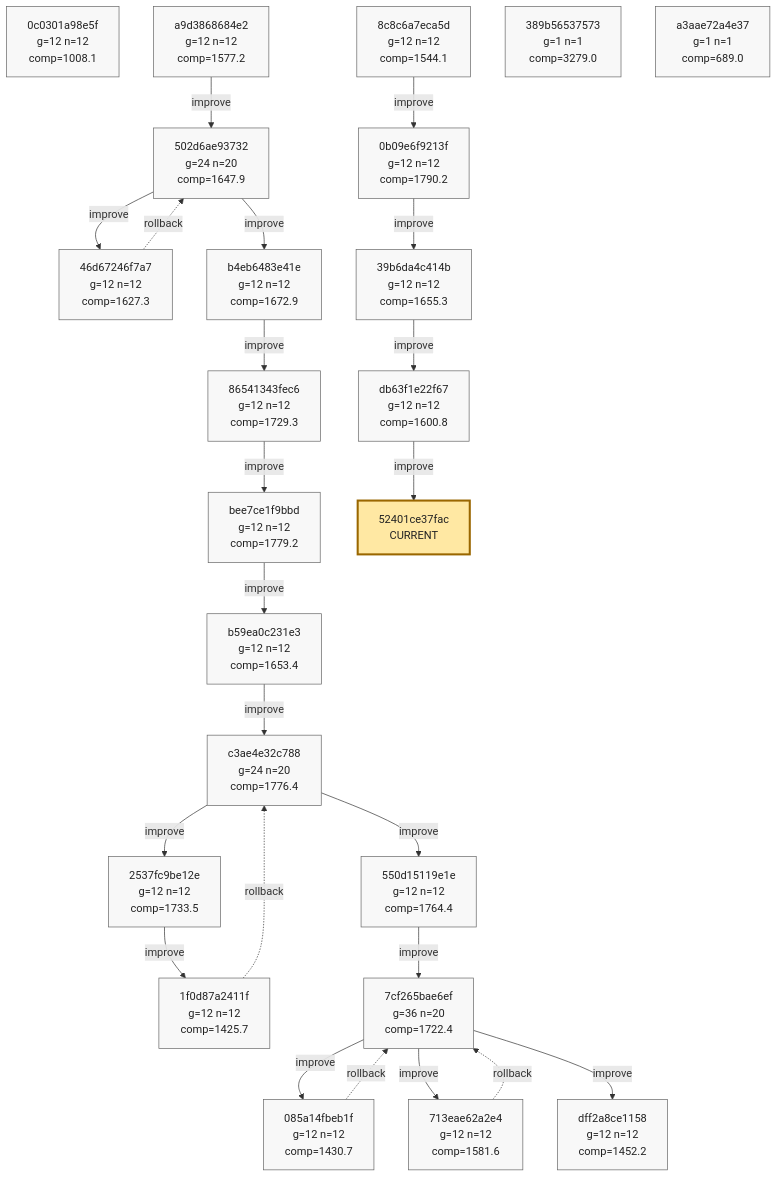
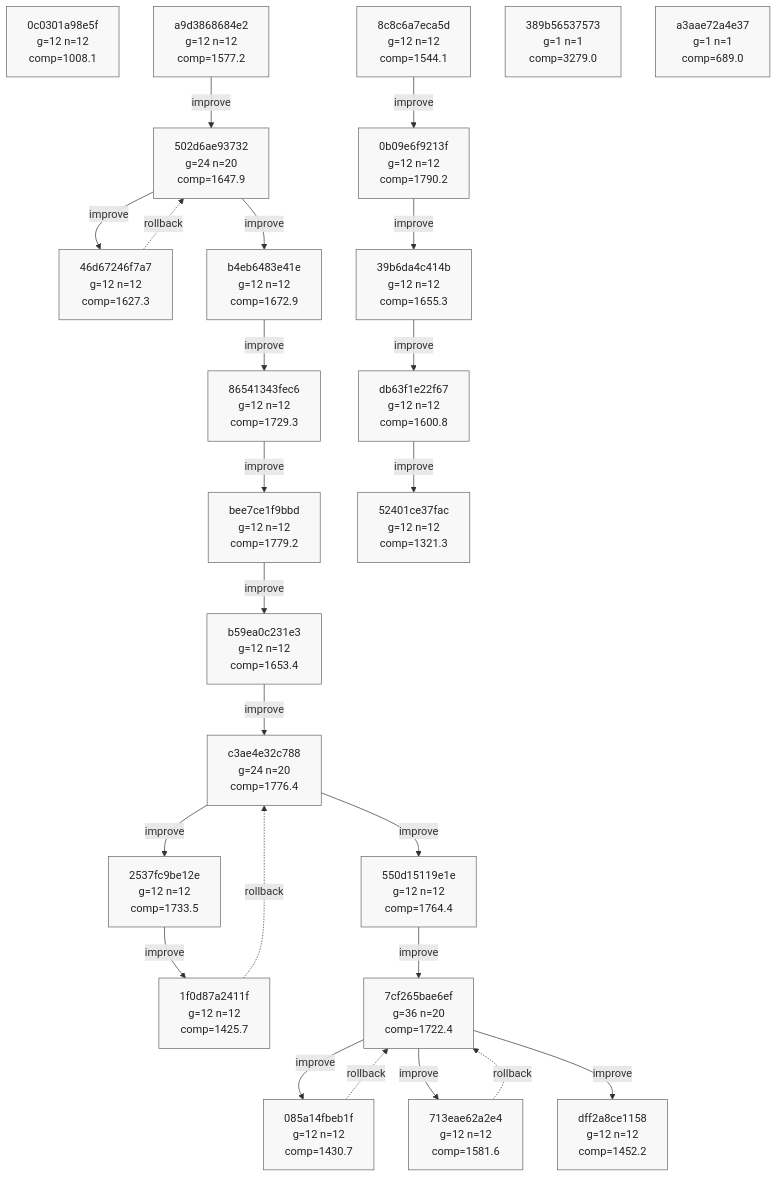
Before and after one commit to azumag/soviet_now: the tenth of 10 diagrams in phyrogenetic-tree.md, drawn with Mermaid. The commit also changed other lines of this file and 2 other files, not shown here.

````diff
--- a/phyrogenetic-tree.md
+++ b/phyrogenetic-tree.md
@@ -2540,78 +2542,78 @@
 ```mermaid
 flowchart TD
     h_0c0301a98e5f["0c0301a98e5f<br/>g=12 n=12<br/>comp=1008.1"]
     h_a9d3868684e2["a9d3868684e2<br/>g=12 n=12<br/>comp=1577.2"]
     h_502d6ae93732["502d6ae93732<br/>g=24 n=20<br/>comp=1647.9"]
     h_46d67246f7a7["46d67246f7a7<br/>g=12 n=12<br/>comp=1627.3"]
     h_b4eb6483e41e["b4eb6483e41e<br/>g=12 n=12<br/>comp=1672.9"]
     h_86541343fec6["86541343fec6<br/>g=12 n=12<br/>comp=1729.3"]
     h_bee7ce1f9bbd["bee7ce1f9bbd<br/>g=12 n=12<br/>comp=1779.2"]
     h_b59ea0c231e3["b59ea0c231e3<br/>g=12 n=12<br/>comp=1653.4"]
     h_c3ae4e32c788["c3ae4e32c788<br/>g=24 n=20<br/>comp=1776.4"]
     h_2537fc9be12e["2537fc9be12e<br/>g=12 n=12<br/>comp=1733.5"]
     h_1f0d87a2411f["1f0d87a2411f<br/>g=12 n=12<br/>comp=1425.7"]
     h_550d15119e1e["550d15119e1e<br/>g=12 n=12<br/>comp=1764.4"]
     h_7cf265bae6ef["7cf265bae6ef<br/>g=36 n=20<br/>comp=1722.4"]
     h_085a14fbeb1f["085a14fbeb1f<br/>g=12 n=12<br/>comp=1430.7"]
     h_713eae62a2e4["713eae62a2e4<br/>g=12 n=12<br/>comp=1581.6"]
     h_dff2a8ce1158["dff2a8ce1158<br/>g=12 n=12<br/>comp=1452.2"]
     h_8c8c6a7eca5d["8c8c6a7eca5d<br/>g=12 n=12<br/>comp=1544.1"]
     h_0b09e6f9213f["0b09e6f9213f<br/>g=12 n=12<br/>comp=1790.2"]
     h_39b6da4c414b["39b6da4c414b<br/>g=12 n=12<br/>comp=1655.3"]
     h_db63f1e22f67["db63f1e22f67<br/>g=12 n=12<br/>comp=1600.8"]
+    h_52401ce37fac["52401ce37fac<br/>g=12 n=12<br/>comp=1321.3"]
     h_389b56537573["389b56537573<br/>g=1 n=1<br/>comp=3279.0"]
     h_a3aae72a4e37["a3aae72a4e37<br/>g=1 n=1<br/>comp=689.0"]
-    h_52401ce37fac["52401ce37fac<br/>CURRENT"]
 
     h_a9d3868684e2 -->|improve| h_502d6ae93732
     h_502d6ae93732 -->|improve| h_46d67246f7a7
     h_46d67246f7a7 -. rollback .-> h_502d6ae93732
     h_502d6ae93732 -->|improve| h_b4eb6483e41e
     h_b4eb6483e41e -->|improve| h_86541343fec6
     h_86541343fec6 -->|improve| h_bee7ce1f9bbd
     h_bee7ce1f9bbd -->|improve| h_b59ea0c231e3
     h_b59ea0c231e3 -->|improve| h_c3ae4e32c788
     h_c3ae4e32c788 -->|improve| h_2537fc9be12e
     h_2537fc9be12e -->|improve| h_1f0d87a2411f
     h_1f0d87a2411f -. rollback .-> h_c3ae4e32c788
     h_c3ae4e32c788 -->|improve| h_550d15119e1e
     h_550d15119e1e -->|improve| h_7cf265bae6ef
     h_7cf265bae6ef -->|improve| h_085a14fbeb1f
     h_085a14fbeb1f -. rollback .-> h_7cf265bae6ef
     h_7cf265bae6ef -->|improve| h_713eae62a2e4
     h_713eae62a2e4 -. rollback .-> h_7cf265bae6ef
     h_7cf265bae6ef -->|improve| h_dff2a8ce1158
     h_8c8c6a7eca5d -->|improve| h_0b09e6f9213f
     h_0b09e6f9213f -->|improve| h_39b6da4c414b
     h_39b6da4c414b -->|improve| h_db63f1e22f67
     h_db63f1e22f67 -->|improve| h_52401ce37fac
 
     classDef plain fill:#f8f8f8,stroke:#666,stroke-width:1px,color:#222;
     classDef current fill:#ffe8a3,stroke:#9a6700,stroke-width:3px,color:#222;
     classDef anchor fill:#d7f5dd,stroke:#1f6f43,stroke-width:3px,color:#222;
     classDef current_anchor fill:#f3e4a8,stroke:#1f6f43,stroke-width:4px,color:#222;
 
     class h_0c0301a98e5f plain;
     class h_a9d3868684e2 plain;
     class h_502d6ae93732 plain;
     class h_46d67246f7a7 plain;
     class h_b4eb6483e41e plain;
     class h_86541343fec6 plain;
     class h_bee7ce1f9bbd plain;
     class h_b59ea0c231e3 plain;
     class h_c3ae4e32c788 plain;
     class h_2537fc9be12e plain;
     class h_1f0d87a2411f plain;
     class h_550d15119e1e plain;
     class h_7cf265bae6ef plain;
     class h_085a14fbeb1f plain;
     class h_713eae62a2e4 plain;
     class h_dff2a8ce1158 plain;
     class h_8c8c6a7eca5d plain;
     class h_0b09e6f9213f plain;
     class h_39b6da4c414b plain;
     class h_db63f1e22f67 plain;
+    class h_52401ce37fac plain;
     class h_389b56537573 plain;
     class h_a3aae72a4e37 plain;
-    class h_52401ce37fac current;
 ```
````
